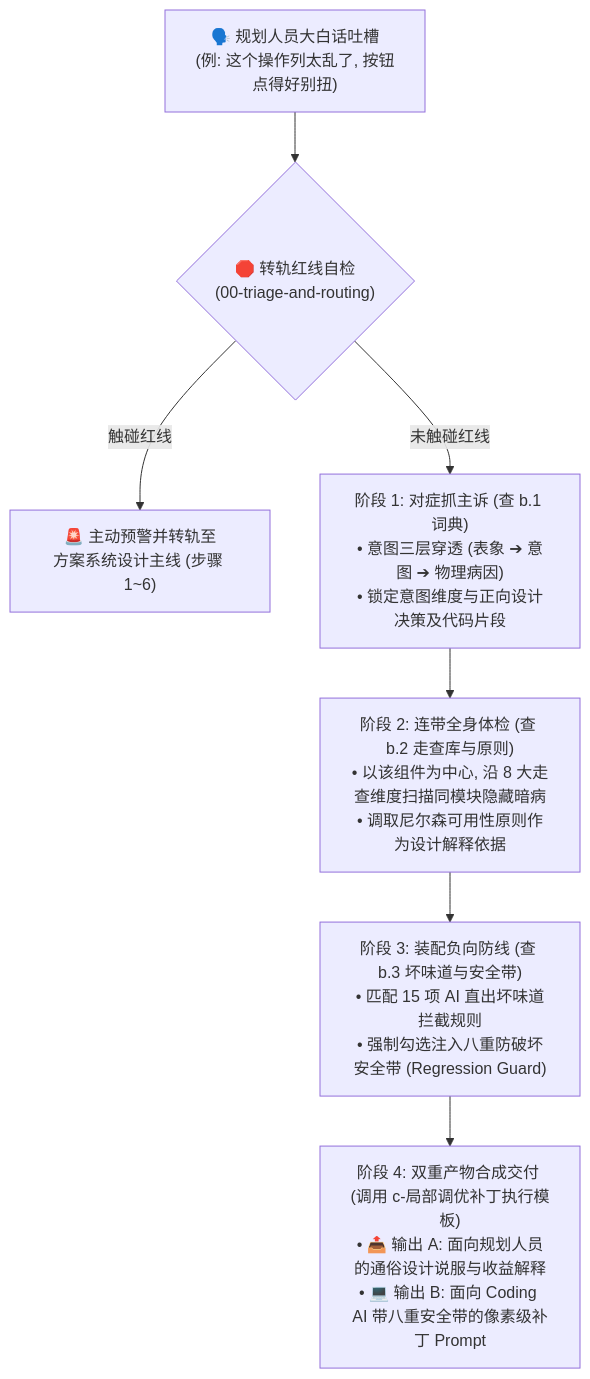
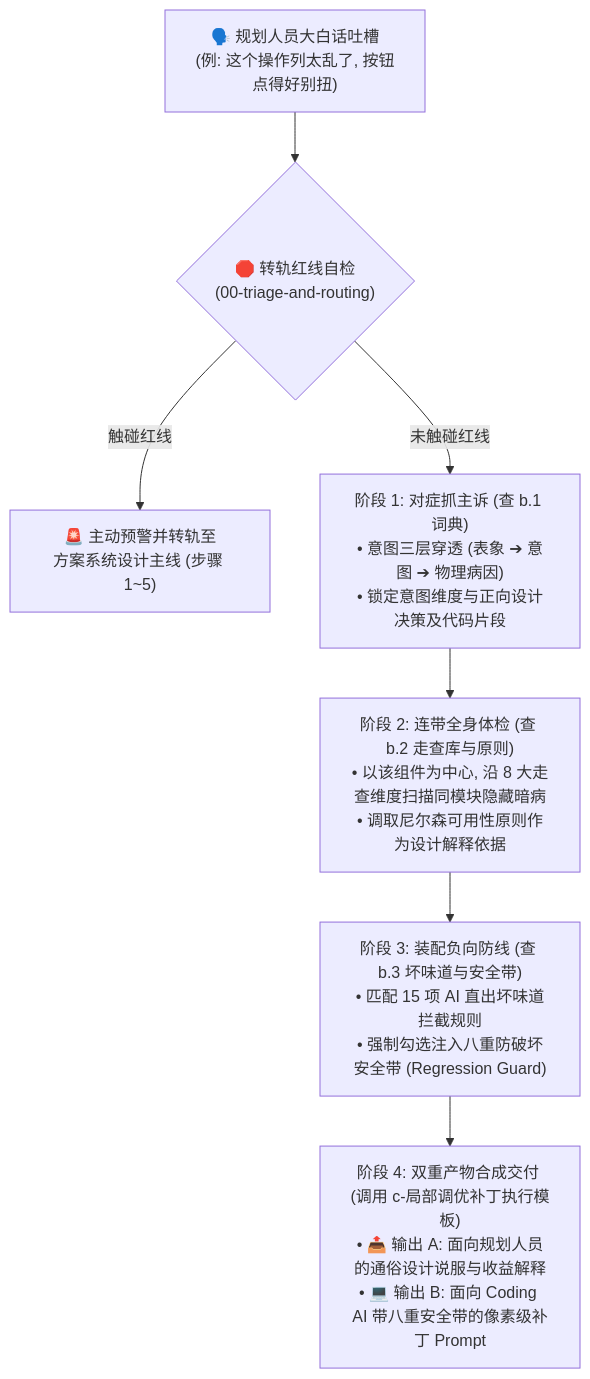
One commit to wangjue2026/skill-designer-prism changed the third of 3 diagrams in 04-workflows-and-cases/execution-sop.md. Above: the diagram before and after it, drawn with Mermaid. The commit also changed other lines of this file and 24 other files, not shown here.

````diff
--- a/04-workflows-and-cases/execution-sop.md
+++ b/04-workflows-and-cases/execution-sop.md
@@ -143,14 +224,14 @@
 ```mermaid
 graph TD
     UserFeedback["🗣️ 规划人员大白话吐槽<br>(例: 这个操作列太乱了, 按钮点得好别扭)"] --> TriageCheck{"🛑 转轨红线自检<br>(00-triage-and-routing)"}
     
-    TriageCheck -- 触碰红线 --> SwitchMacro["🚨 主动预警并转轨至<br>方案系统设计主线 (步骤 1~6)"]
+    TriageCheck -- 触碰红线 --> SwitchMacro["🚨 主动预警并转轨至<br>方案系统设计主线 (步骤 1~5)"]
     
     TriageCheck -- 未触碰红线 --> Stage1["阶段 1: 对症抓主诉 (查 b.1 词典)<br>• 意图三层穿透 (表象 ➔ 意图 ➔ 物理病因)<br>• 锁定意图维度与正向设计决策及代码片段"]
     
     Stage1 --> Stage2["阶段 2: 连带全身体检 (查 b.2 走查库与原则)<br>• 以该组件为中心, 沿 8 大走查维度扫描同模块隐藏暗病<br>• 调取尼尔森可用性原则作为设计解释依据"]
     
     Stage2 --> Stage3["阶段 3: 装配负向防线 (查 b.3 坏味道与安全带)<br>• 匹配 15 项 AI 直出坏味道拦截规则<br>• 强制勾选注入八重防破坏安全带 (Regression Guard)"]
     
     Stage3 --> Stage4["阶段 4: 双重产物合成交付 (调用 c-局部调优补丁执行模板)<br>• 📤 输出 A: 面向规划人员的通俗设计说服与收益解释<br>• 💻 输出 B: 面向 Coding AI 带八重安全带的像素级补丁 Prompt"]
 ```
````
